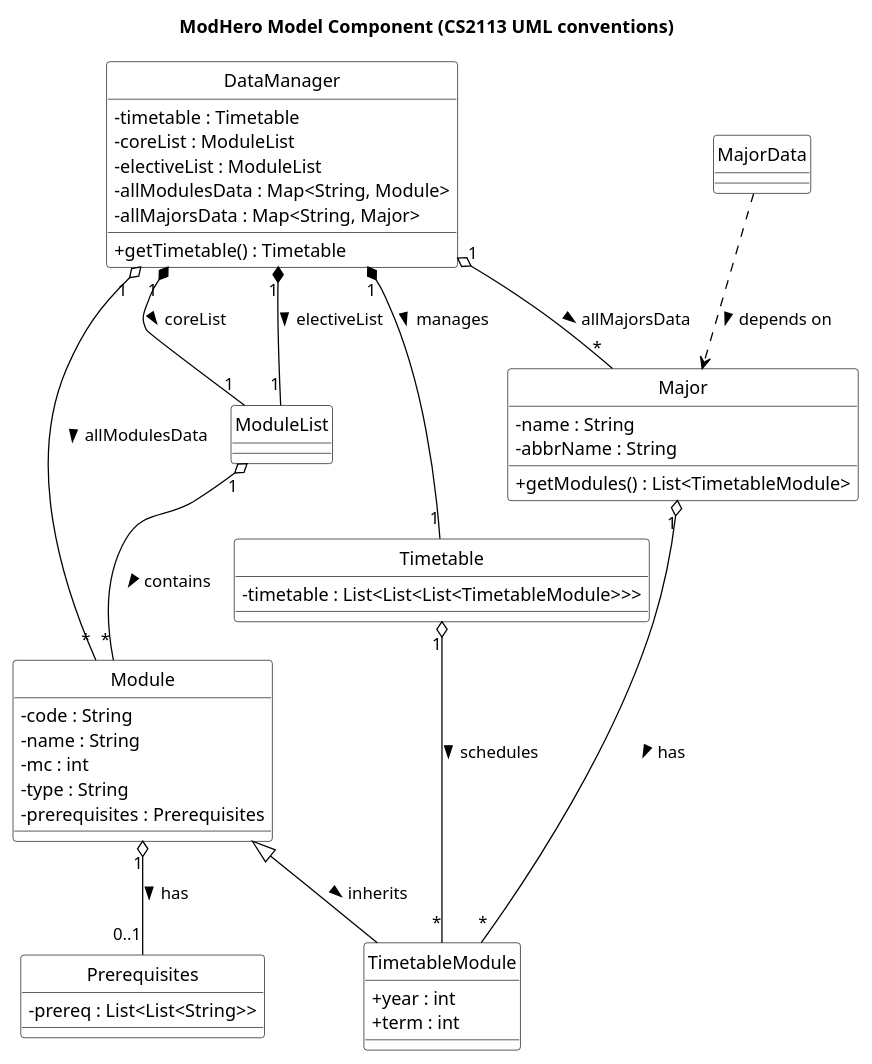
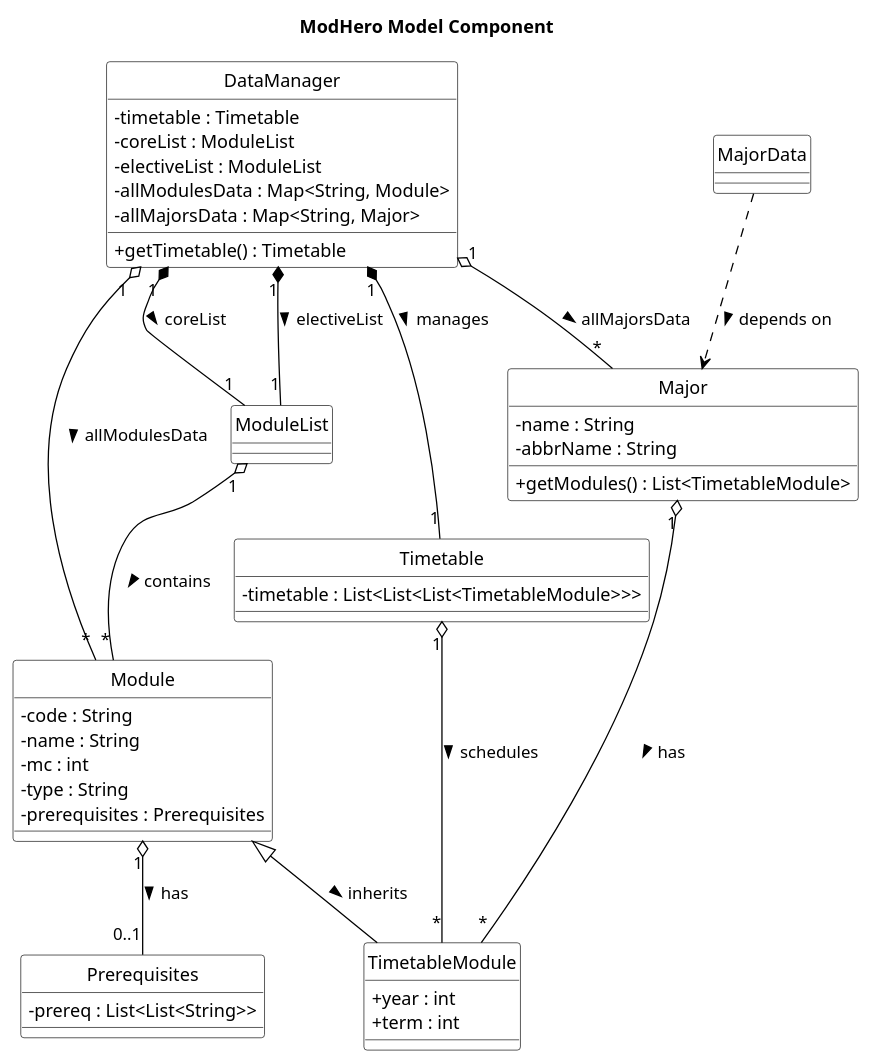
Before and after one commit to mendax1234/tp: the diagram in docs/diagrams/ModelClassDiagram.puml, drawn with PlantUML.

Commit message:
Update comments for ModelClassDiagram UML

```diff
--- a/docs/diagrams/ModelClassDiagram.puml
+++ b/docs/diagrams/ModelClassDiagram.puml
@@ -1,72 +1,71 @@
 @startuml
-title ModHero Model Component (CS2113 UML conventions)
+title ModHero Model Component
 
-' ======== CS2113 STYLE SETTINGS ========
+' CS2113 STYLE SETTINGS
 hide circle
 hide stereotypes
 skinparam monochrome true
 skinparam shadowing false
 skinparam classFontSize 14
 skinparam classAttributeIconSize 0
 skinparam ArrowColor black
 skinparam ClassBorderColor black
 skinparam ClassBackgroundColor white
 
-' ======== CLASSES ========
-
+' CLASSES
 class DataManager {
   - timetable : Timetable
   - coreList : ModuleList
   - electiveList : ModuleList
   - allModulesData : Map<String, Module>
   - allMajorsData : Map<String, Major>
   + getTimetable() : Timetable
 }
 
 class Major {
   - name : String
   - abbrName : String
   + getModules() : List<TimetableModule>
 }
 
 class MajorData
 
 class Module {
   - code : String
   - name : String
   - mc : int
   - type : String
   - prerequisites : Prerequisites
 }
 
 class TimetableModule {
   + year : int
   + term : int
 }
 
 class ModuleList
 
 class Prerequisites {
   - prereq : List<List<String>>
 }
 
 class Timetable {
   - timetable : List<List<List<TimetableModule>>>
 }
 
-' ======== RELATIONSHIPS ========
+' RELATIONSHIPS
 
 DataManager "1" *-- "1" Timetable : manages >
 DataManager "1" *-- "1" ModuleList : coreList >
 DataManager "1" *-- "1" ModuleList : electiveList >
 DataManager "1" o-- "*" Module : allModulesData >
 DataManager "1" o-- "*" Major : allMajorsData >
 
 Major "1" o-- "*" TimetableModule : has >
 ModuleList "1" o-- "*" Module : contains >
 Module "1" o-- "0..1" Prerequisites : has >
 Timetable "1" o-- "*" TimetableModule : schedules >
 MajorData ..> Major : depends on >
 
 Module <|-- TimetableModule : inherits >
 @enduml
```
